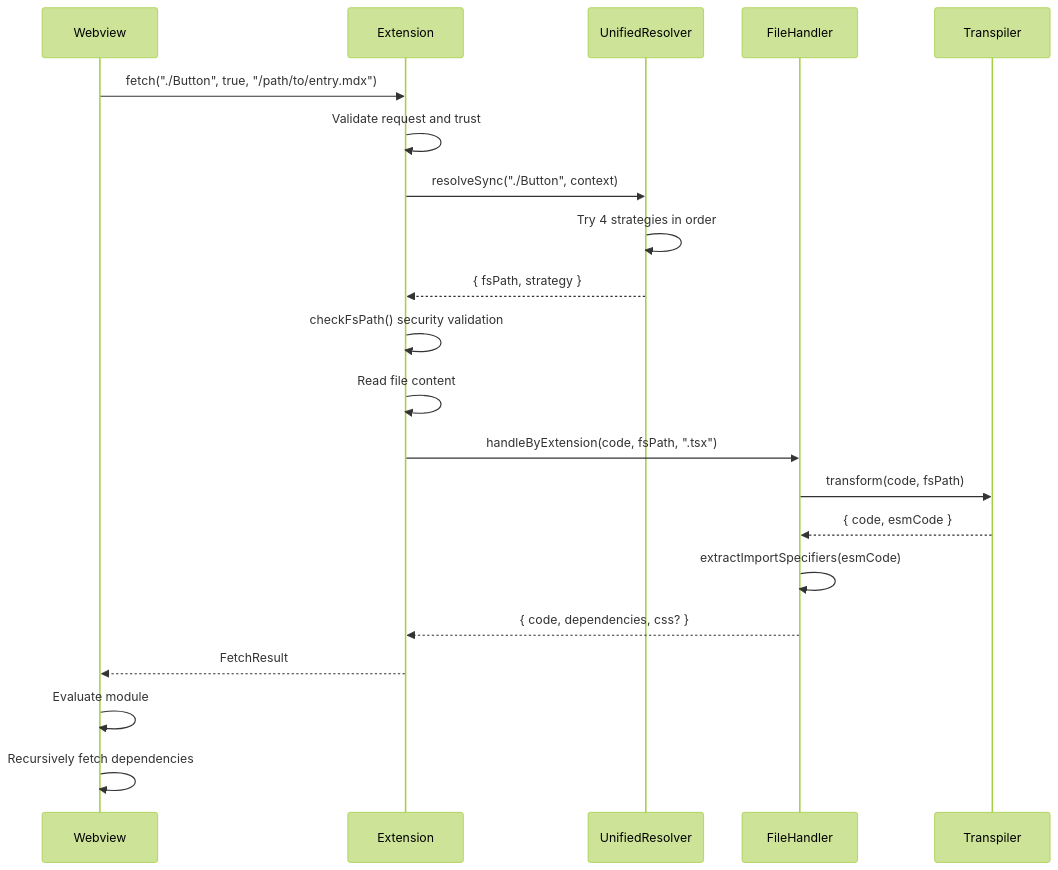
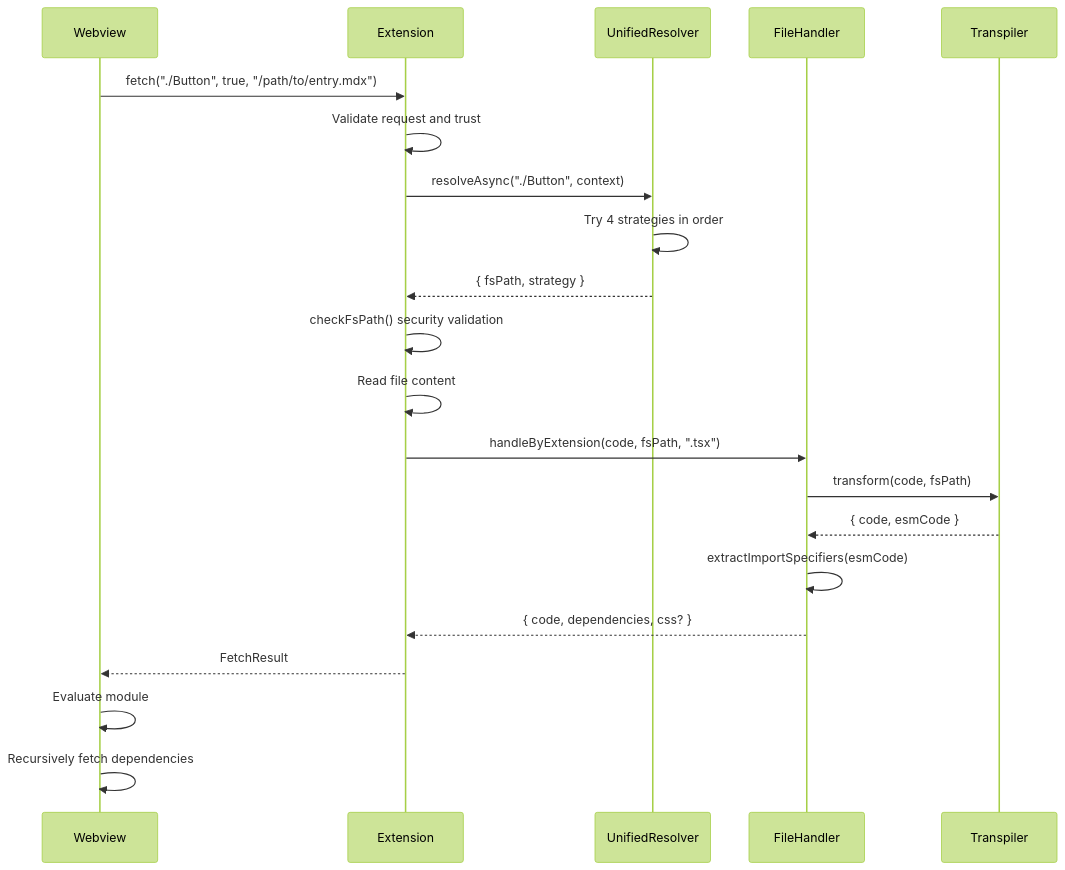
One commit to ggfincke/vsc-mdx-preview changed the sixth of 16 diagrams in docs/architecture.mdx. Above: the diagram before and after it, drawn with Mermaid (forest theme). The commit also changed other lines of this file and 122 other files, not shown here.

````diff
--- a/docs/architecture.mdx
+++ b/docs/architecture.mdx
@@ -538,28 +540,28 @@
 ```mermaid
 sequenceDiagram
     participant Webview
     participant Extension
     participant Resolver as UnifiedResolver
     participant Handler as FileHandler
     participant Transpiler
 
     Webview->>Extension: fetch("./Button", true, "/path/to/entry.mdx")
     Extension->>Extension: Validate request and trust
 
-    Extension->>Resolver: resolveSync("./Button", context)
+    Extension->>Resolver: resolveAsync("./Button", context)
     Resolver->>Resolver: Try 4 strategies in order
     Resolver-->>Extension: { fsPath, strategy }
 
     Extension->>Extension: checkFsPath() security validation
     Extension->>Extension: Read file content
 
     Extension->>Handler: handleByExtension(code, fsPath, ".tsx")
     Handler->>Transpiler: transform(code, fsPath)
     Transpiler-->>Handler: { code, esmCode }
     Handler->>Handler: extractImportSpecifiers(esmCode)
     Handler-->>Extension: { code, dependencies, css? }
 
     Extension-->>Webview: FetchResult
     Webview->>Webview: Evaluate module
     Webview->>Webview: Recursively fetch dependencies
 ```
````
